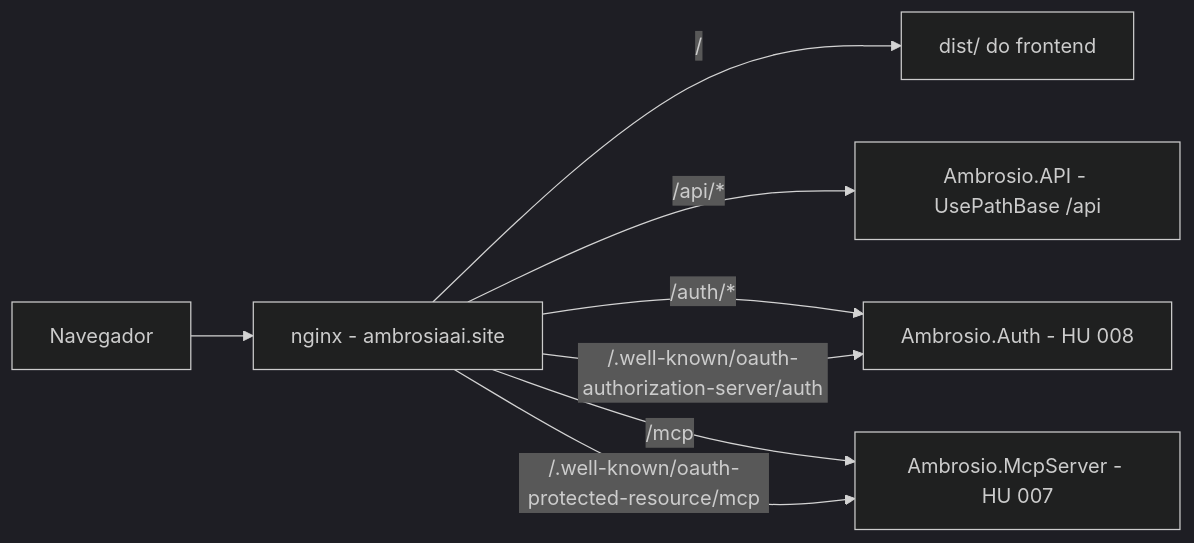
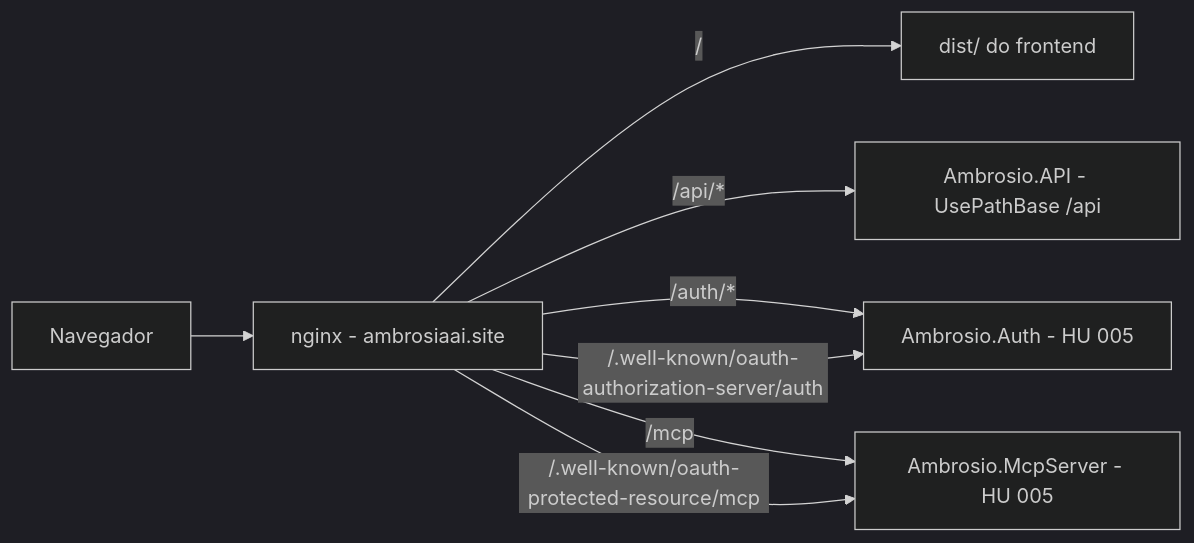
One commit to landim32/ambrosia changed the first of 2 diagrams in docs/historias/002-frontend-web-perfil-cliente-pedidos.md. Above: the diagram before and after it, drawn with Mermaid (dark theme). The commit also changed other lines of this file and 11 other files, not shown here.

First line of the commit message:
docs: HU 005 vira o plugin do Ambrosio no ChatGPT (MCP + OAuth)

````diff
--- a/docs/historias/002-frontend-web-perfil-cliente-pedidos.md
+++ b/docs/historias/002-frontend-web-perfil-cliente-pedidos.md
@@ -123,10 +123,10 @@
 ```mermaid
 flowchart LR
     N[Navegador] --> X[nginx - ambrosiaai.site]
     X -->|/| F[dist/ do frontend]
     X -->|/api/*| A[Ambrosio.API - UsePathBase /api]
-    X -->|/auth/*| S[Ambrosio.Auth - HU 008]
-    X -->|/mcp| MS[Ambrosio.McpServer - HU 007]
+    X -->|/auth/*| S[Ambrosio.Auth - HU 005]
+    X -->|/mcp| MS[Ambrosio.McpServer - HU 005]
     X -->|/.well-known/oauth-authorization-server/auth| S
     X -->|/.well-known/oauth-protected-resource/mcp| MS
 ```
````
